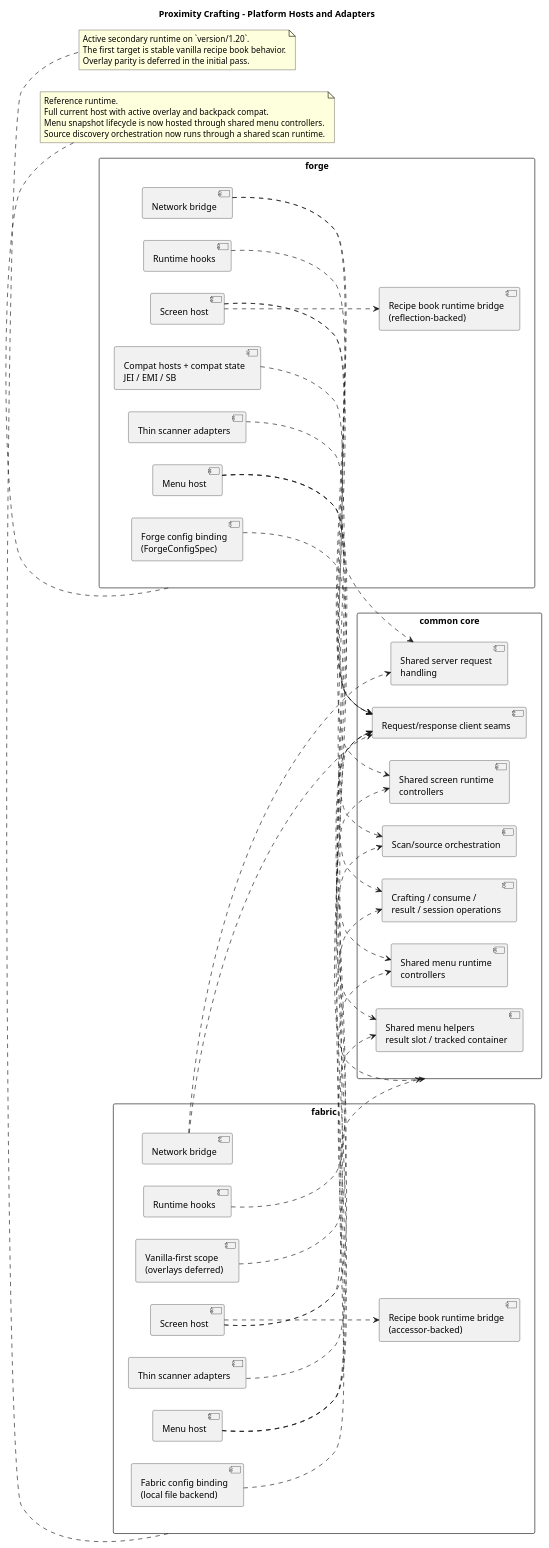
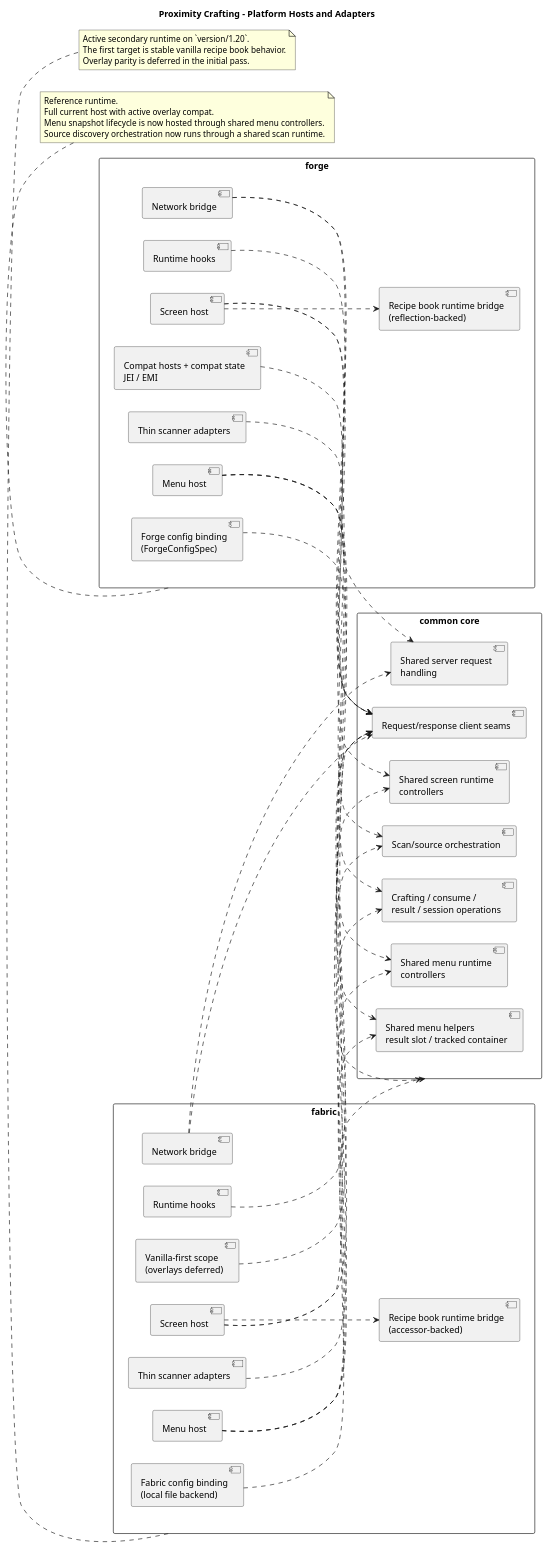
Before and after one commit to Maeiro/Nearby-Crafting: the diagram in docs/architecture/04-platform-hosts-and-adapters.puml, drawn with PlantUML. The commit also changed 6 other files, not shown here.

```diff
--- a/docs/architecture/04-platform-hosts-and-adapters.puml
+++ b/docs/architecture/04-platform-hosts-and-adapters.puml
@@ -1,77 +1,77 @@
 @startuml
 title Proximity Crafting - Platform Hosts and Adapters
 left to right direction
 skinparam shadowing false
 skinparam packageStyle rectangle
 
 package "common core" as CommonCore {
   component "Crafting / consume /\nresult / session operations" as CommonRuntime
   component "Shared menu runtime\ncontrollers" as CommonMenuRuntime
   component "Shared menu helpers\nresult slot / tracked container" as CommonMenuHelpers
   component "Shared server request\nhandling" as CommonServerRequests
   component "Request/response client seams" as CommonClientSeams
   component "Shared screen runtime\ncontrollers" as CommonScreenRuntime
   component "Scan/source orchestration" as CommonScan
 }
 
 package "forge" as ForgeHost {
   component "Menu host" as ForgeMenu
   component "Screen host" as ForgeScreen
   component "Recipe book runtime bridge\n(reflection-backed)" as ForgeRecipeBookBridge
   component "Network bridge" as ForgeNetwork
   component "Runtime hooks" as ForgeRuntimeHooks
   component "Thin scanner adapters" as ForgeScanAdapters
   component "Forge config binding\n(ForgeConfigSpec)" as ForgeConfigBinding
-  component "Compat hosts + compat state\nJEI / EMI / SB" as ForgeCompatHosts
+  component "Compat hosts + compat state\nJEI / EMI" as ForgeCompatHosts
 }
 
 package "fabric" as FabricHost {
   component "Menu host" as FabricMenu
   component "Screen host" as FabricScreen
   component "Recipe book runtime bridge\n(accessor-backed)" as FabricRecipeBookBridge
   component "Network bridge" as FabricNetwork
   component "Runtime hooks" as FabricRuntimeHooks
   component "Thin scanner adapters" as FabricScanAdapters
   component "Fabric config binding\n(local file backend)" as FabricConfigBinding
   component "Vanilla-first scope\n(overlays deferred)" as FabricCompatPending
 }
 
 ForgeMenu ..> CommonRuntime
 ForgeMenu ..> CommonMenuRuntime
 ForgeMenu ..> CommonMenuHelpers
 ForgeNetwork ..> CommonServerRequests
 ForgeScreen ..> CommonClientSeams
 ForgeScreen ..> CommonScreenRuntime
 ForgeScreen ..> ForgeRecipeBookBridge
 ForgeNetwork ..> CommonClientSeams
 ForgeRuntimeHooks ..> CommonClientSeams
 ForgeScanAdapters ..> CommonScan
 ForgeConfigBinding ..> CommonCore
 ForgeCompatHosts ..> CommonClientSeams
 
 FabricMenu ..> CommonRuntime
 FabricMenu ..> CommonMenuRuntime
 FabricMenu ..> CommonMenuHelpers
 FabricNetwork ..> CommonServerRequests
 FabricScreen ..> CommonClientSeams
 FabricScreen ..> CommonScreenRuntime
 FabricScreen ..> FabricRecipeBookBridge
 FabricNetwork ..> CommonClientSeams
 FabricRuntimeHooks ..> CommonClientSeams
 FabricScanAdapters ..> CommonScan
 FabricConfigBinding ..> CommonCore
 FabricCompatPending ..> CommonClientSeams
 
 note bottom of ForgeHost
 Reference runtime.
-Full current host with active overlay and backpack compat.
+Full current host with active overlay compat.
 Menu snapshot lifecycle is now hosted through shared menu controllers.
 Source discovery orchestration now runs through a shared scan runtime.
 end note
 
 note bottom of FabricHost
 Active secondary runtime on `version/1.20`.
 The first target is stable vanilla recipe book behavior.
 Overlay parity is deferred in the initial pass.
 end note
 @enduml
```
